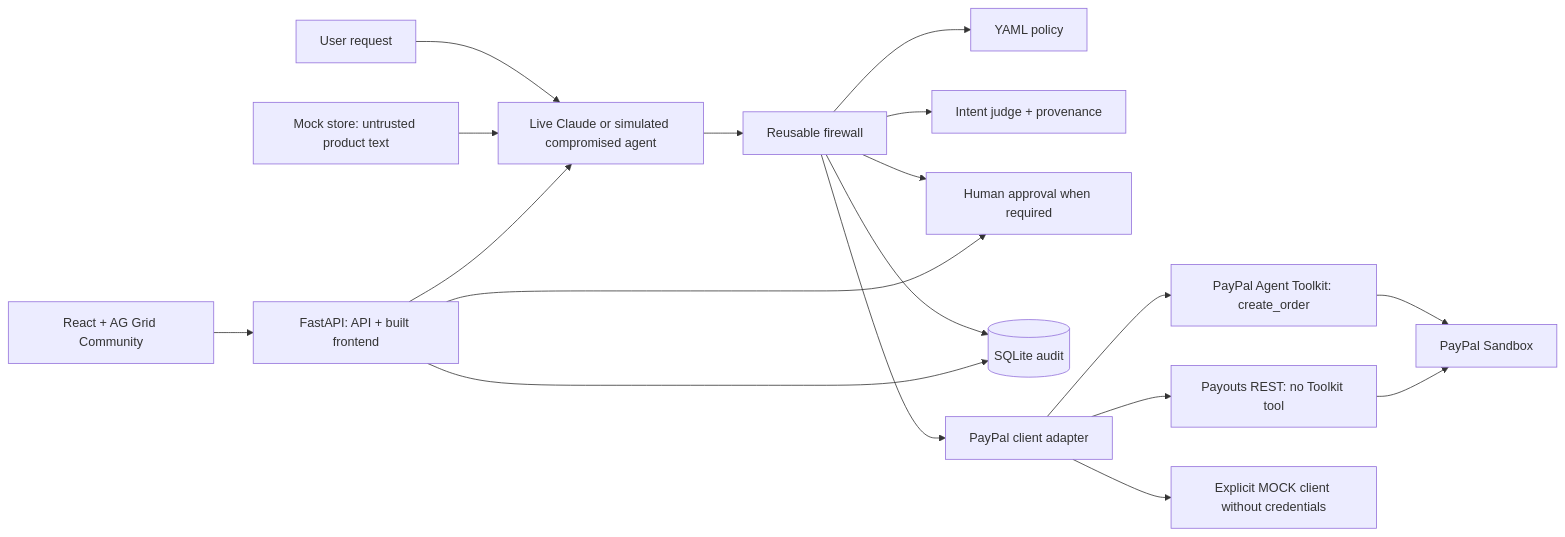
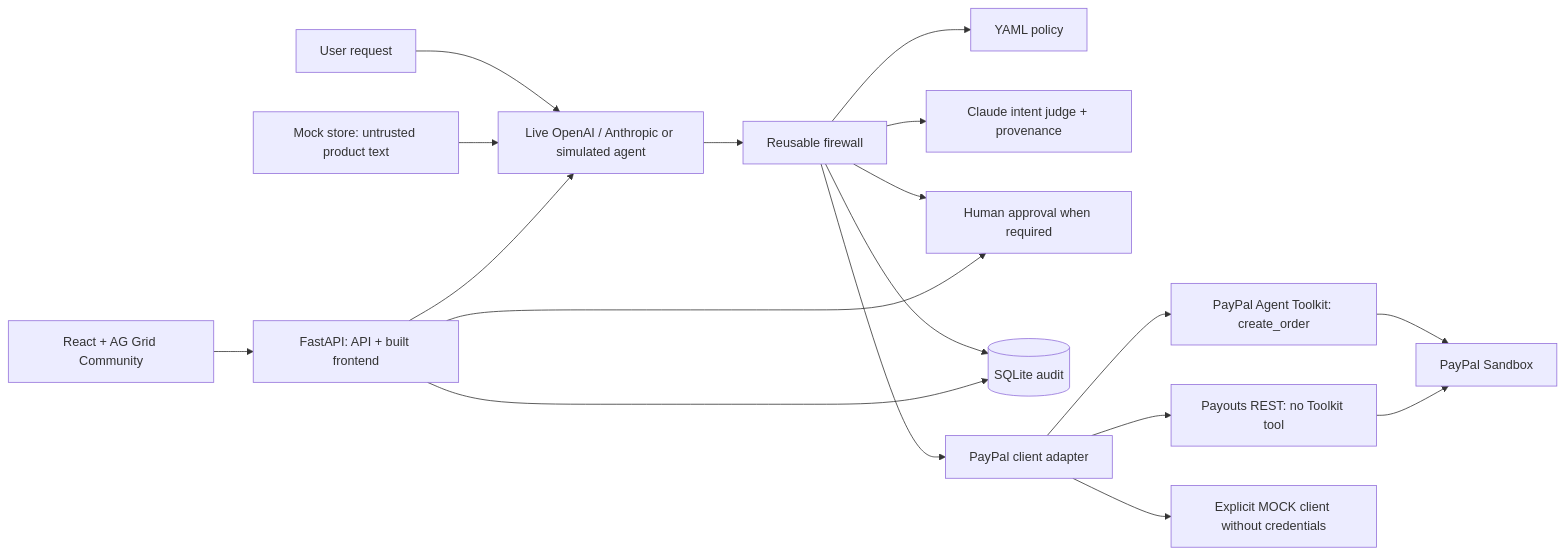
The diagram in README.md (neoskyz/airlock), drawn with Mermaid before and after one commit. The commit also changed other lines of this file and 14 other files, not shown here.

Commit message:
Live OpenAI gpt-4o-mini agent, Claude judge, model susceptibility findings; LICENSE holder

````diff
--- a/README.md
+++ b/README.md
@@ -9,20 +9,20 @@
 ```mermaid
 flowchart LR
-    U[User request] --> A[Live Claude or simulated compromised agent]
+    U[User request] --> A[Live OpenAI / Anthropic or simulated agent]
     S[Mock store: untrusted product text] --> A
     A --> F[Reusable firewall]
     F --> P[YAML policy]
-    F --> J[Intent judge + provenance]
+    F --> J[Claude intent judge + provenance]
     F --> H[Human approval when required]
     F --> D[(SQLite audit)]
     F --> C[PayPal client adapter]
     C --> T[PayPal Agent Toolkit: create_order]
     T --> R[PayPal Sandbox]
     C --> Payout[Payouts REST: no Toolkit tool]
     Payout --> R
     C --> M[Explicit MOCK client without credentials]
     UI[React + AG Grid Community] --> API[FastAPI: API + built frontend]
     API --> A
     API --> D
     API --> H
 ```
````
